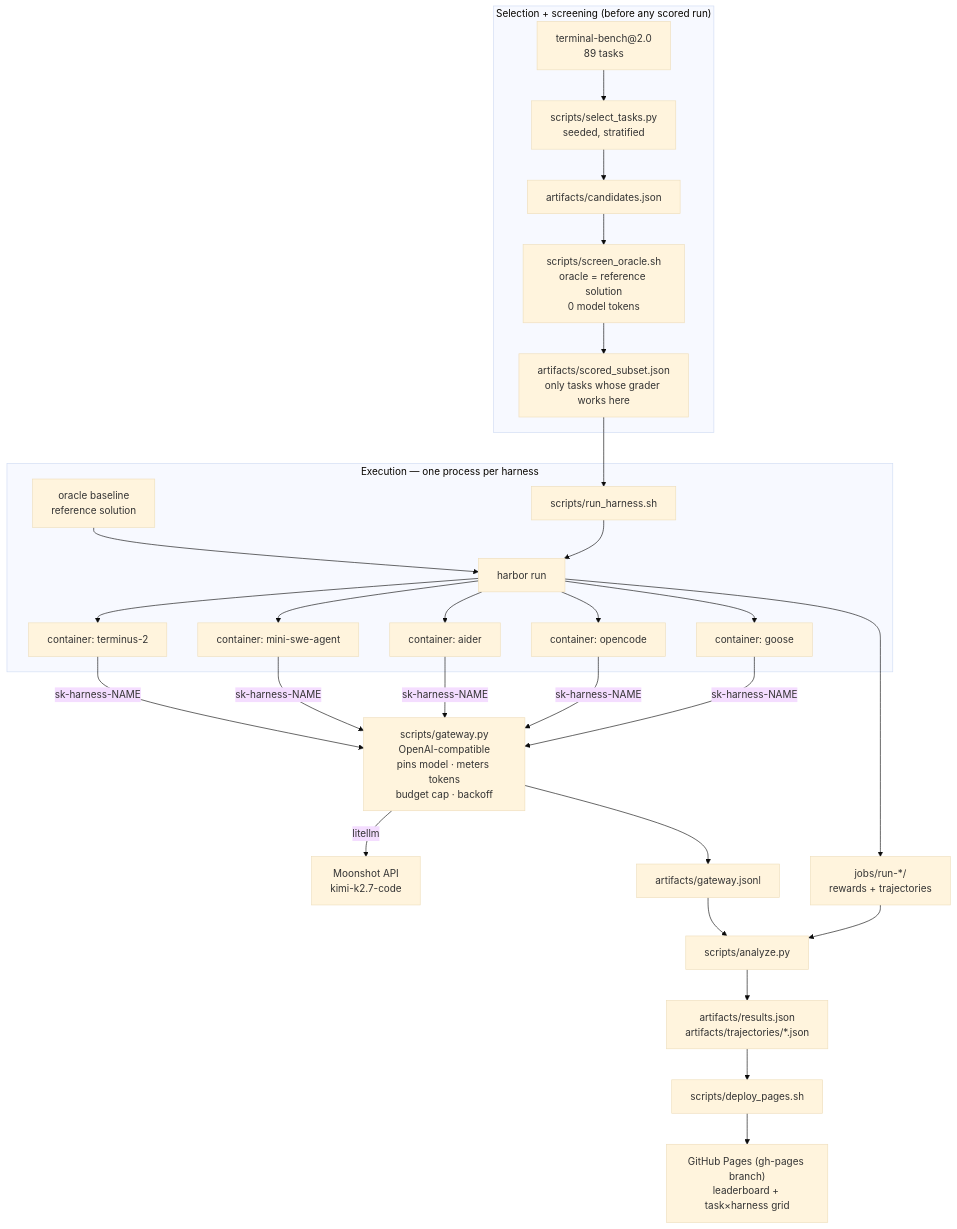
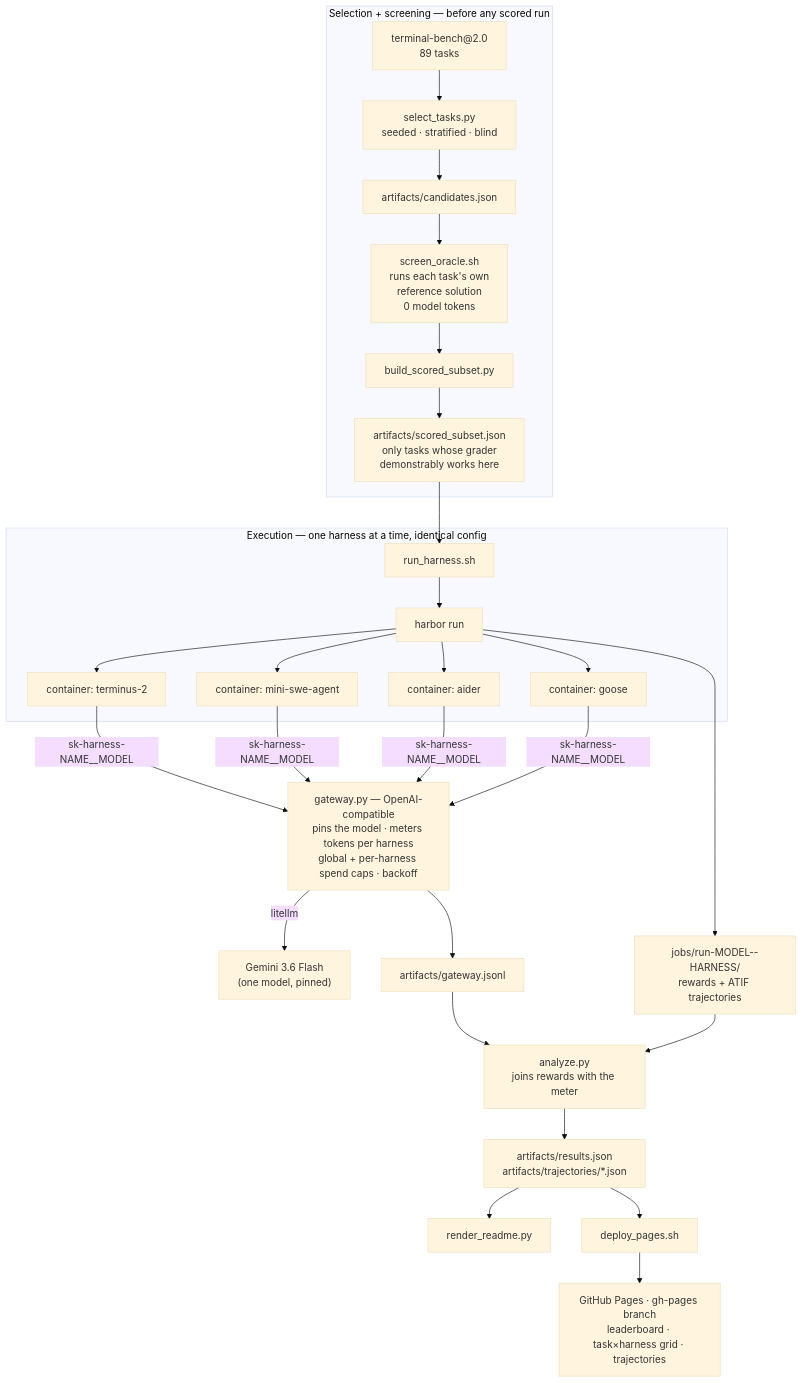
Before and after one commit to carlosrymer/harbor-harness-spread: the diagram in ARCHITECTURE.md, drawn with Mermaid (base theme). The commit also changed 22 other files, not shown here.

Commit message:
architecture: diagram reflects the screening stage, the 4 shipped harnesses and the pinned model

````diff
--- a/ARCHITECTURE.md
+++ b/ARCHITECTURE.md
@@ -38,33 +38,33 @@
 ```mermaid
 flowchart TB
-    subgraph sel["Selection + screening (before any scored run)"]
-        TB["terminal-bench@2.0<br/>89 tasks"] --> SEL["scripts/select_tasks.py<br/>seeded, stratified"]
+    subgraph sel["Selection + screening — before any scored run"]
+        TB["terminal-bench@2.0<br/>89 tasks"] --> SEL["select_tasks.py<br/>seeded · stratified · blind"]
         SEL --> CAND["artifacts/candidates.json"]
-        CAND --> SCR["scripts/screen_oracle.sh<br/>oracle = reference solution<br/>0 model tokens"]
-        SCR --> SUB["artifacts/scored_subset.json<br/>only tasks whose grader works here"]
+        CAND --> SCR["screen_oracle.sh<br/>runs each task's own<br/>reference solution<br/>0 model tokens"]
+        SCR --> BSS["build_scored_subset.py"]
+        BSS --> SUB["artifacts/scored_subset.json<br/>only tasks whose grader<br/>demonstrably works here"]
     end
 
-    subgraph exec["Execution — one process per harness"]
-        ORC["oracle baseline<br/>reference solution"] --> HARBOR
-        RUN["scripts/run_harness.sh"] --> HARBOR["harbor run"]
+    subgraph exec["Execution — one harness at a time, identical config"]
+        RUN["run_harness.sh"] --> HARBOR["harbor run"]
         HARBOR --> C1["container: terminus-2"]
         HARBOR --> C2["container: mini-swe-agent"]
         HARBOR --> C3["container: aider"]
-        HARBOR --> C4["container: opencode"]
-        HARBOR --> C5["container: goose"]
+        HARBOR --> C4["container: goose"]
     end
 
     SUB --> RUN
 
-    GW["scripts/gateway.py<br/>OpenAI-compatible<br/>pins model · meters tokens<br/>budget cap · backoff"]
-    C1 & C2 & C3 & C4 & C5 -->|"sk-harness-NAME"| GW
-    GW -->|litellm| MOON["Moonshot API<br/>kimi-k2.7-code"]
+    GW["gateway.py — OpenAI-compatible<br/>pins the model · meters tokens per harness<br/>global + per-harness spend caps · backoff"]
+    C1 & C2 & C3 & C4 -->|"sk-harness-NAME__MODEL"| GW
+    GW -->|litellm| UP["Gemini 3.6 Flash<br/>(one model, pinned)"]
     GW --> METER["artifacts/gateway.jsonl"]
 
-    HARBOR --> JOBS["jobs/run-*/<br/>rewards + trajectories"]
-    JOBS --> AN["scripts/analyze.py"]
+    HARBOR --> JOBS["jobs/run-MODEL--HARNESS/<br/>rewards + ATIF trajectories"]
+    JOBS --> AN["analyze.py<br/>joins rewards with the meter"]
     METER --> AN
     AN --> RES["artifacts/results.json<br/>artifacts/trajectories/*.json"]
-    RES --> DEP["scripts/deploy_pages.sh"]
-    DEP --> SITE["GitHub Pages (gh-pages branch)<br/>leaderboard + task×harness grid"]
+    RES --> RR["render_readme.py"]
+    RES --> DEP["deploy_pages.sh"]
+    DEP --> SITE["GitHub Pages · gh-pages branch<br/>leaderboard · task×harness grid · trajectories"]
 ```
````
